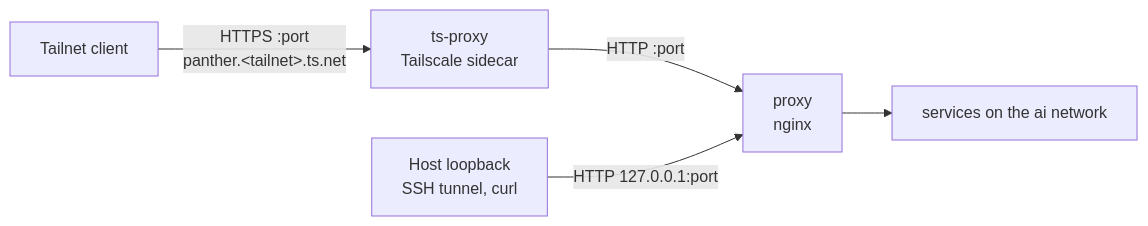
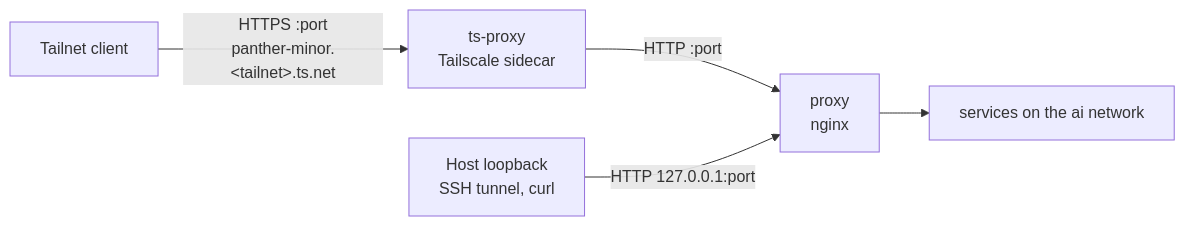
One commit to rozsival/panther-minor changed the diagram in docs/networking.md. Above: the diagram before and after it, drawn with Mermaid. The commit also changed other lines of this file and 15 other files, not shown here.

First line of the commit message:
refactor: name the tailscale sidecar node and tag panther-minor

````diff
--- a/docs/networking.md
+++ b/docs/networking.md
@@ -14,7 +14,7 @@
 ```mermaid
 flowchart LR
-    C[Tailnet client] -->|HTTPS :port<br/>panther.&lt;tailnet&gt;.ts.net| T[ts-proxy<br/>Tailscale sidecar]
+    C[Tailnet client] -->|HTTPS :port<br/>panther-minor.&lt;tailnet&gt;.ts.net| T[ts-proxy<br/>Tailscale sidecar]
     T -->|HTTP :port| X[proxy<br/>nginx]
     H[Host loopback<br/>SSH tunnel, curl] -->|HTTP 127.0.0.1:port| X
     X --> S[services on the ai network]
 ```
````
